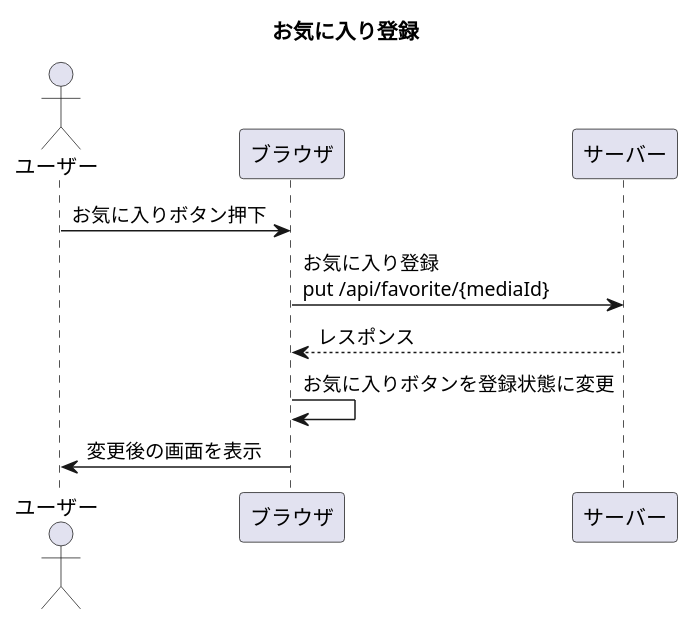
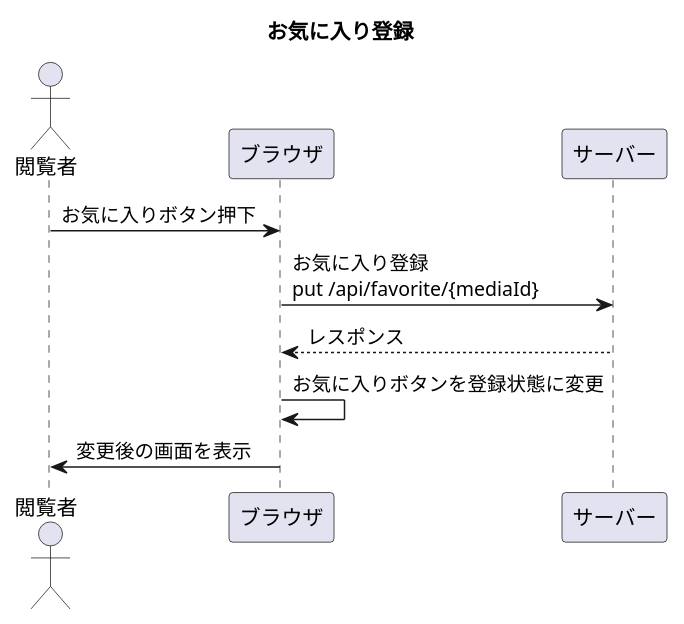
The diagram in doc/6_ui/pages/メディア詳細/sequence/お気に入り登録.puml (hachimitu22/MangaViewer), drawn with PlantUML before and after one commit. The commit also changed 39 other files, not shown here.

```diff
--- a/doc/6_ui/pages/メディア詳細/sequence/お気に入り登録.puml
+++ b/doc/6_ui/pages/メディア詳細/sequence/お気に入り登録.puml
@@ -1,15 +1,15 @@
 @startuml
 
 title お気に入り登録
 
-actor ユーザー
+actor 閲覧者
 participant ブラウザ
 participant サーバー
 
-ユーザー -> ブラウザ: お気に入りボタン押下
+閲覧者 -> ブラウザ: お気に入りボタン押下
 ブラウザ -> サーバー: お気に入り登録\nput /api/favorite/{mediaId}
 ブラウザ <-- サーバー: レスポンス
 ブラウザ -> ブラウザ: お気に入りボタンを登録状態に変更
-ユーザー <- ブラウザ: 変更後の画面を表示
+閲覧者 <- ブラウザ: 変更後の画面を表示
 
 @enduml
```
